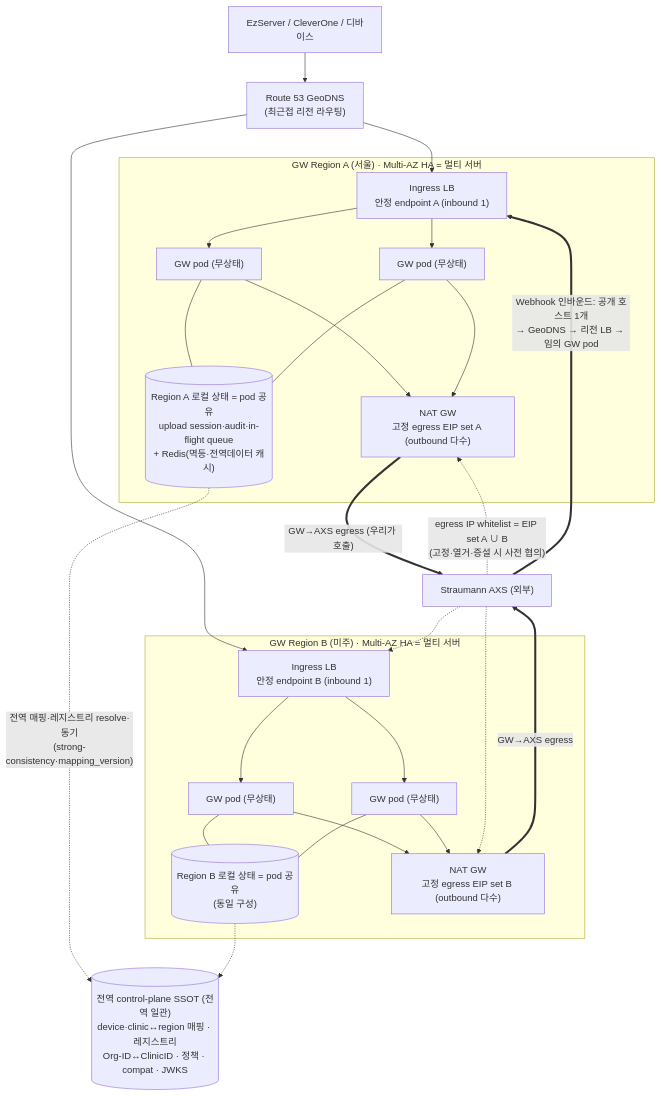
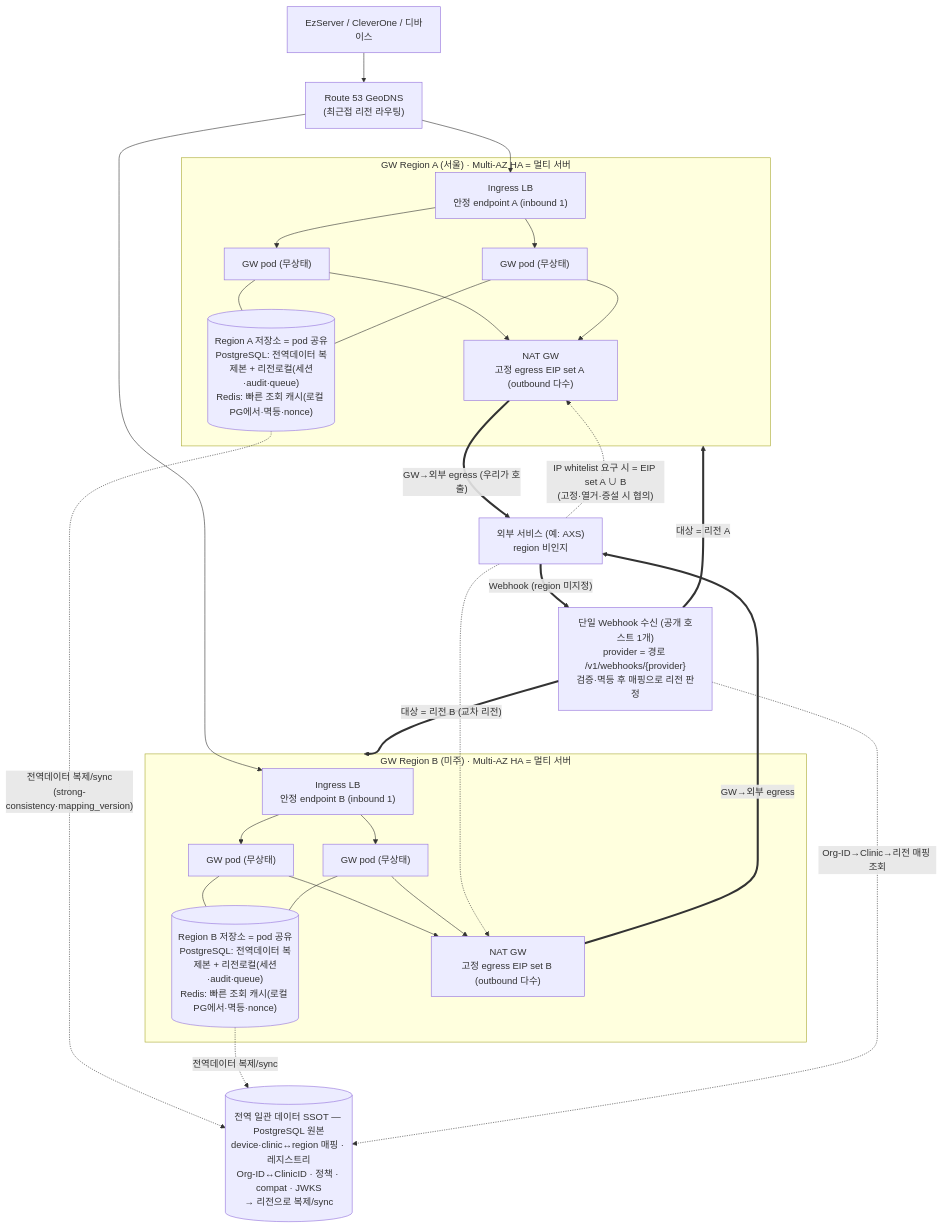
One commit to gracegyu/scp-architecture changed the second of 10 diagrams in docs/VT_API_Gateway/08.VT_API_Gateway/specs/03-srs-gateway/SRS.md. Above: the diagram before and after it, drawn with Mermaid. The commit also changed other lines of this file, not shown here.

Commit message:
문서 업데이트: VT API Gateway의 SRS 문서에서 전역 일관 데이터 및 리전 로컬 데이터의 저장소 역할을 명확히 하고, PostgreSQL과 Redis의 데이터 복제 및 캐시 관리 방식을 구체화하여 시스템 설계의 일관성을 강화하였습니다. 또한, egress IP 관리 및 Webhook 수신 방식에 대한 설명을 보강하여 외부 연동의 신뢰성을 높였습니다.

````diff
--- a/docs/VT_API_Gateway/08.VT_API_Gateway/specs/03-srs-gateway/SRS.md
+++ b/docs/VT_API_Gateway/08.VT_API_Gateway/specs/03-srs-gateway/SRS.md
@@ -176,51 +176,54 @@
 ```mermaid
 flowchart TB
     EZ["EzServer / CleverOne / 디바이스"]
     R53["Route 53 GeoDNS<br/>(최근접 리전 라우팅)"]
     EZ --> R53
 
-    GLOBAL[("전역 control-plane SSOT (전역 일관)<br/>device·clinic↔region 매핑 · 레지스트리<br/>Org-ID↔ClinicID · 정책 · compat · JWKS")]
+    GLOBAL[("전역 일관 데이터 SSOT — PostgreSQL 원본<br/>device·clinic↔region 매핑 · 레지스트리<br/>Org-ID↔ClinicID · 정책 · compat · JWKS<br/>→ 리전으로 복제/sync")]
 
     subgraph RA["GW Region A (서울) · Multi-AZ HA = 멀티 서버"]
         LBA["Ingress LB<br/>안정 endpoint A (inbound 1)"]
         GA1["GW pod (무상태)"]
         GA2["GW pod (무상태)"]
-        STA[("Region A 로컬 상태 = pod 공유<br/>upload session·audit·in-flight queue<br/>+ Redis(멱등·전역데이터 캐시)")]
+        STA[("Region A 저장소 = pod 공유<br/>PostgreSQL: 전역데이터 복제본 + 리전로컬(세션·audit·queue)<br/>Redis: 빠른 조회 캐시(로컬 PG에서·멱등·nonce)")]
         NATA["NAT GW<br/>고정 egress EIP set A (outbound 다수)"]
         LBA --> GA1
         LBA --> GA2
         GA1 --- STA
         GA2 --- STA
         GA1 --> NATA
         GA2 --> NATA
     end
 
     subgraph RB["GW Region B (미주) · Multi-AZ HA = 멀티 서버"]
         LBB["Ingress LB<br/>안정 endpoint B (inbound 1)"]
         GB1["GW pod (무상태)"]
         GB2["GW pod (무상태)"]
-        STB[("Region B 로컬 상태 = pod 공유<br/>(동일 구성)")]
+        STB[("Region B 저장소 = pod 공유<br/>PostgreSQL: 전역데이터 복제본 + 리전로컬(세션·audit·queue)<br/>Redis: 빠른 조회 캐시(로컬 PG에서·멱등·nonce)")]
         NATB["NAT GW<br/>고정 egress EIP set B (outbound 다수)"]
         LBB --> GB1
         LBB --> GB2
         GB1 --- STB
         GB2 --- STB
         GB1 --> NATB
         GB2 --> NATB
     end
 
     R53 --> LBA
     R53 --> LBB
 
-    STA -.->|"전역 매핑·레지스트리 resolve·동기<br/>(strong-consistency·mapping_version)"| GLOBAL
-    STB -.-> GLOBAL
+    STA -.->|"전역데이터 복제/sync<br/>(strong-consistency·mapping_version)"| GLOBAL
+    STB -.->|"전역데이터 복제/sync"| GLOBAL
 
-    AXS["Straumann AXS (외부)"]
-    NATA ==>|"GW→AXS egress (우리가 호출)"| AXS
-    NATB ==>|"GW→AXS egress"| AXS
-    AXS -.->|"egress IP whitelist = EIP set A ∪ B<br/>(고정·열거·증설 시 사전 협의)"| NATA
-    AXS -.-> NATB
+    EXT["외부 서비스 (예: AXS)<br/>region 비인지"]
+    NATA ==>|"GW→외부 egress (우리가 호출)"| EXT
+    NATB ==>|"GW→외부 egress"| EXT
+    EXT -.->|"IP whitelist 요구 시 = EIP set A ∪ B<br/>(고정·열거·증설 시 협의)"| NATA
+    EXT -.-> NATB
 
-    AXS ==>|"Webhook 인바운드: 공개 호스트 1개<br/>→ GeoDNS → 리전 LB → 임의 GW pod"| LBA
-    AXS -.-> LBB
+    WHIN["단일 Webhook 수신 (공개 호스트 1개)<br/>provider = 경로 /v1/webhooks/{provider}<br/>검증·멱등 후 매핑으로 리전 판정"]
+    EXT ==>|"Webhook (region 미지정)"| WHIN
+    WHIN -.->|"Org-ID→Clinic→리전 매핑 조회"| GLOBAL
+    WHIN ==>|"대상 = 리전 A"| RA
+    WHIN ==>|"대상 = 리전 B (교차 리전)"| RB
 ```
````
